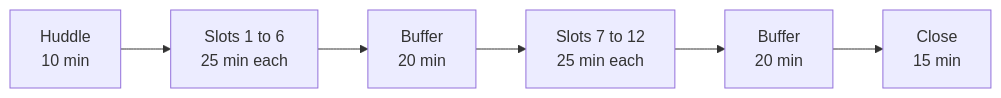
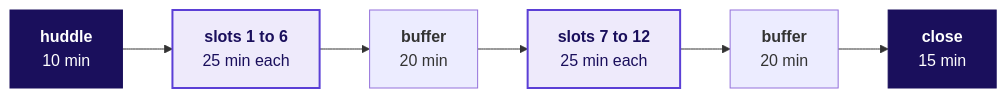
The diagram in content/W03/D4/mocks/C2_W03_D04_assessors_guide_TRAINER.md (fde-academy-lab/c2-content-factory), drawn with Mermaid before and after one commit. The commit also changed other lines of this file and 2 other files, not shown here.

````diff
--- a/content/W03/D4/mocks/C2_W03_D04_assessors_guide_TRAINER.md
+++ b/content/W03/D4/mocks/C2_W03_D04_assessors_guide_TRAINER.md
@@ -31,5 +56,9 @@
 ```mermaid
 flowchart LR
-    H["Huddle<br/>10 min"] --> M1["Slots 1 to 6<br/>25 min each"] --> B1["Buffer<br/>20 min"]
-    B1 --> M2["Slots 7 to 12<br/>25 min each"] --> B2["Buffer<br/>20 min"] --> C["Close<br/>15 min"]
+    H["<b>huddle</b><br/>10 min"] --> M1["<b>slots 1 to 6</b><br/>25 min each"] --> B1["<b>buffer</b><br/>20 min"]
+    B1 --> M2["<b>slots 7 to 12</b><br/>25 min each"] --> B2["<b>buffer</b><br/>20 min"] --> C["<b>close</b><br/>15 min"]
+    classDef known fill:#EEEAFB,stroke:#5B3FD6,color:#1A0F5C,stroke-width:2px
+    classDef dark fill:#1A0F5C,stroke:#1A0F5C,color:#FFFFFF
+    class M1,M2 known
+    class H,C dark
 ```
````
